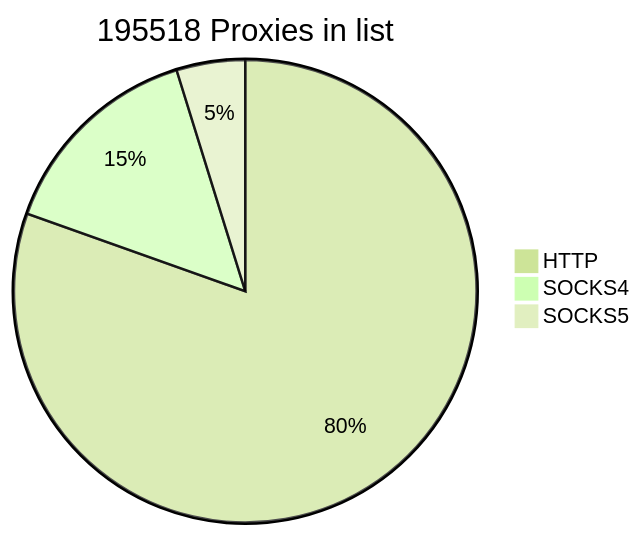
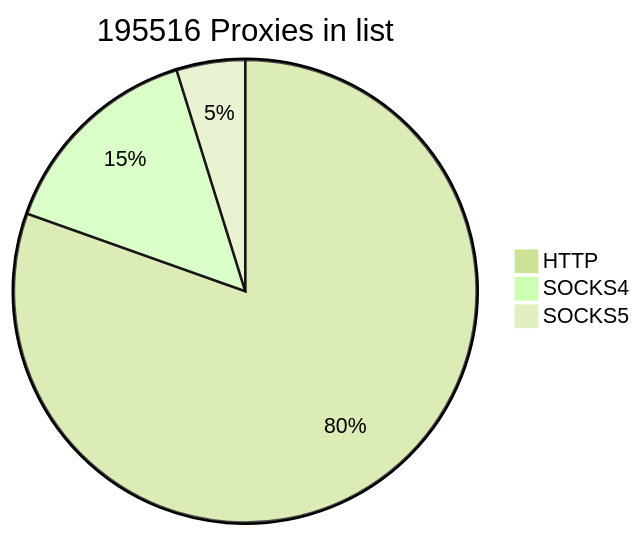
One commit to cutipu/proxylist changed the first of 2 diagrams in README.md. Above: the diagram before and after it, drawn with Mermaid (forest theme). The commit also changed other lines of this file, not shown here.

````diff
--- a/README.md
+++ b/README.md
@@ -2,7 +2,7 @@
 ```mermaid
-pie title 195518 Proxies in list
-    "HTTP" : 157267
-    "SOCKS4" : 28880
+pie title 195516 Proxies in list
+    "HTTP" : 157266
+    "SOCKS4" : 28879
     "SOCKS5" : 9371
             
 ```
````
